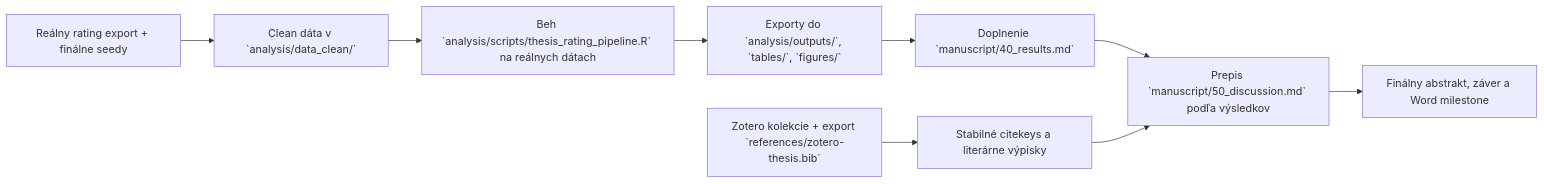
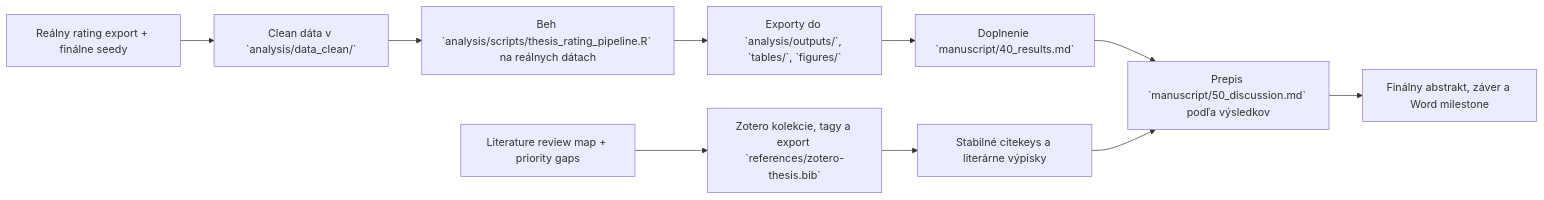
One commit to pbielik/diplomovka changed the diagram in docs/aktualny-stav-diplomovky.md. Above: the diagram before and after it, drawn with Mermaid. The commit also changed other lines of this file and 59 other files, not shown here.

````diff
--- a/docs/aktualny-stav-diplomovky.md
+++ b/docs/aktualny-stav-diplomovky.md
@@ -32,11 +33,12 @@
 ```mermaid
 flowchart LR
-    A["Zotero kolekcie + export `references/zotero-thesis.bib`"] --> B["Stabilné citekeys a literárne výpisky"]
-    C["Reálny rating export + finálne seedy"] --> D["Clean dáta v `analysis/data_clean/`"]
-    D --> E["Beh `analysis/scripts/thesis_rating_pipeline.R` na reálnych dátach"]
-    E --> F["Exporty do `analysis/outputs/`, `tables/`, `figures/`"]
-    F --> G["Doplnenie `manuscript/40_results.md`"]
-    G --> H["Prepis `manuscript/50_discussion.md` podľa výsledkov"]
-    B --> H
-    H --> I["Finálny abstrakt, záver a Word milestone"]
+    A["Literature review map + priority gaps"] --> B["Zotero kolekcie, tagy a export `references/zotero-thesis.bib`"]
+    B --> C["Stabilné citekeys a literárne výpisky"]
+    D["Reálny rating export + finálne seedy"] --> E["Clean dáta v `analysis/data_clean/`"]
+    E --> F["Beh `analysis/scripts/thesis_rating_pipeline.R` na reálnych dátach"]
+    F --> G["Exporty do `analysis/outputs/`, `tables/`, `figures/`"]
+    G --> H["Doplnenie `manuscript/40_results.md`"]
+    H --> I["Prepis `manuscript/50_discussion.md` podľa výsledkov"]
+    C --> I
+    I --> J["Finálny abstrakt, záver a Word milestone"]
 ```
````
